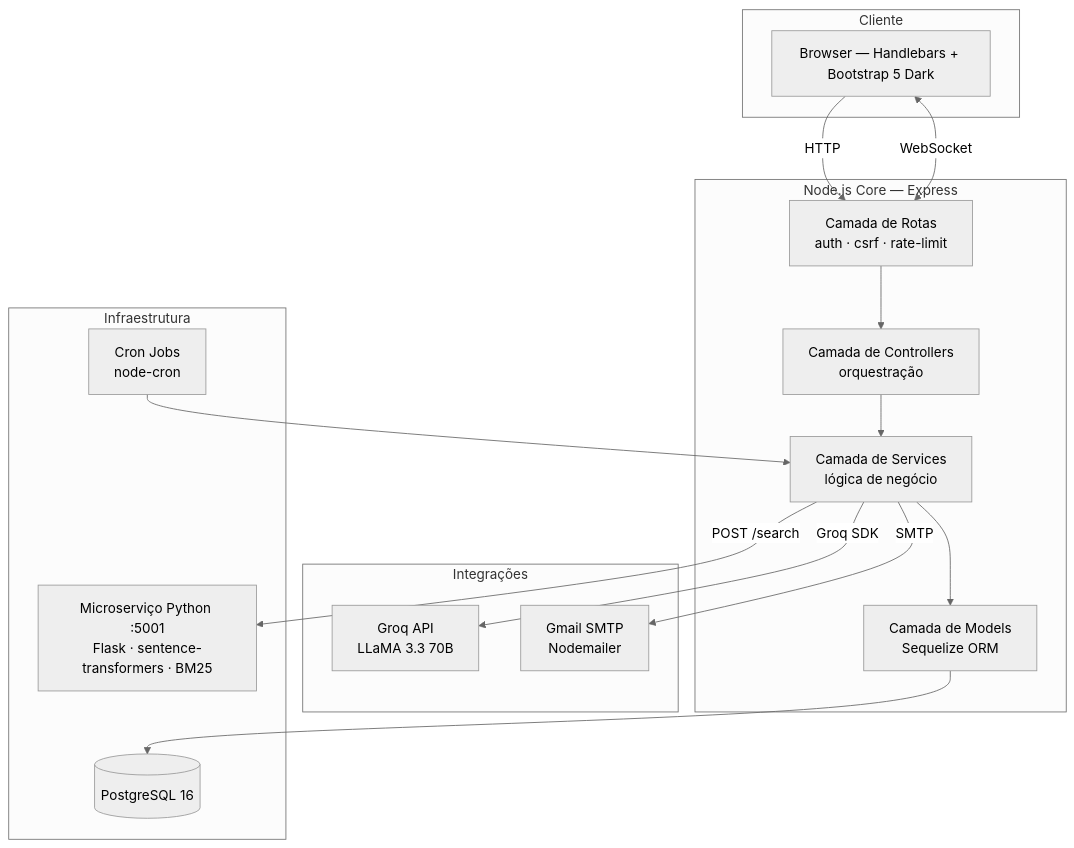
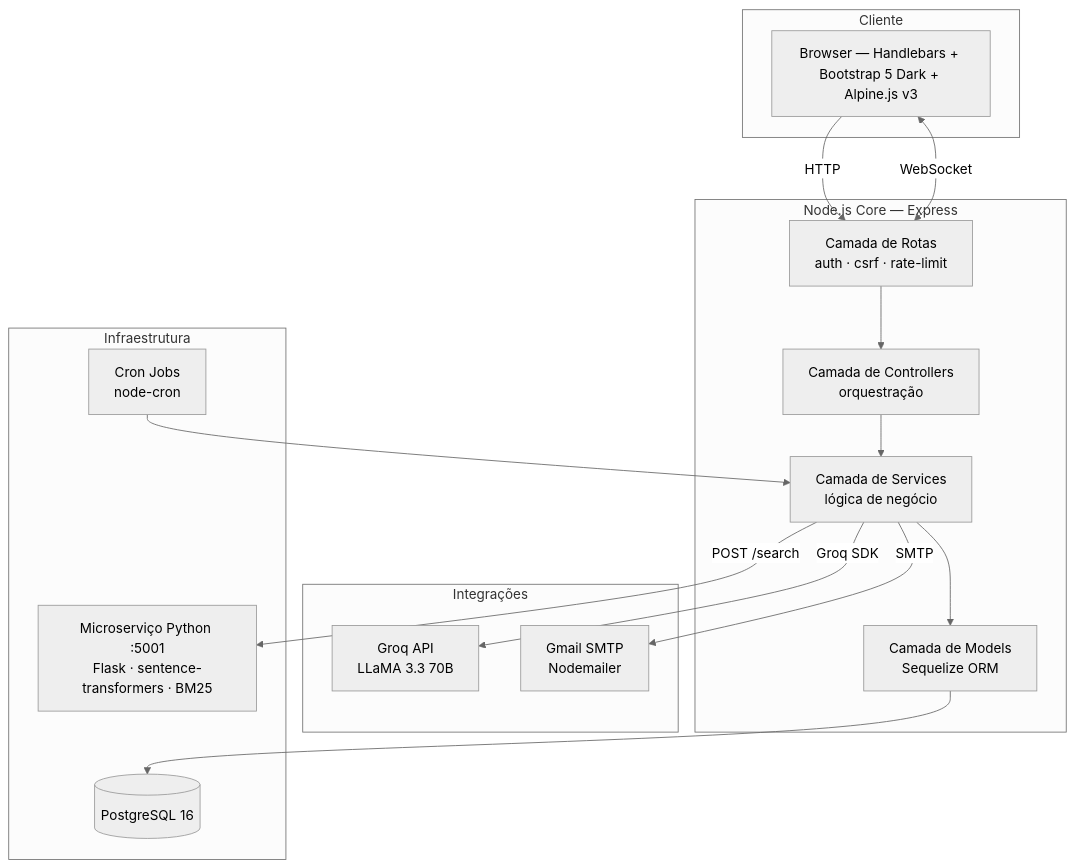
The first of 4 diagrams in README.md (ThQMS/TCC---Linkup), drawn with Mermaid (neutral theme) before and after one commit. The commit also changed other lines of this file and 24 other files, not shown here.

````diff
--- a/README.md
+++ b/README.md
@@ -86,35 +89,35 @@
 ```mermaid
 graph TB
     subgraph Cliente
-        Browser[Browser — Handlebars + Bootstrap 5 Dark]
+        Browser[Browser — Handlebars + Bootstrap 5 Dark + Alpine.js v3]
     end
 
     subgraph Core["Node.js Core — Express"]
         Router[Camada de Rotas\nauth · csrf · rate-limit]
         Controller[Camada de Controllers\norquestração]
         Service[Camada de Services\nlógica de negócio]
         Model[Camada de Models\nSequelize ORM]
     end
 
     subgraph Integrações
         Groq[Groq API\nLLaMA 3.3 70B]
         SMTP[Gmail SMTP\nNodemailer]
     end
 
     subgraph Infraestrutura
         PG[(PostgreSQL 16)]
         Python[Microserviço Python :5001\nFlask · sentence-transformers · BM25]
         Cron[Cron Jobs\nnode-cron]
     end
 
     Browser -->|HTTP| Router
     Browser <-->|WebSocket| Router
     Router --> Controller
     Controller --> Service
     Service --> Model
     Model --> PG
     Service -->|POST /search| Python
     Service -->|Groq SDK| Groq
     Service -->|SMTP| SMTP
     Cron --> Service
 ```
````
